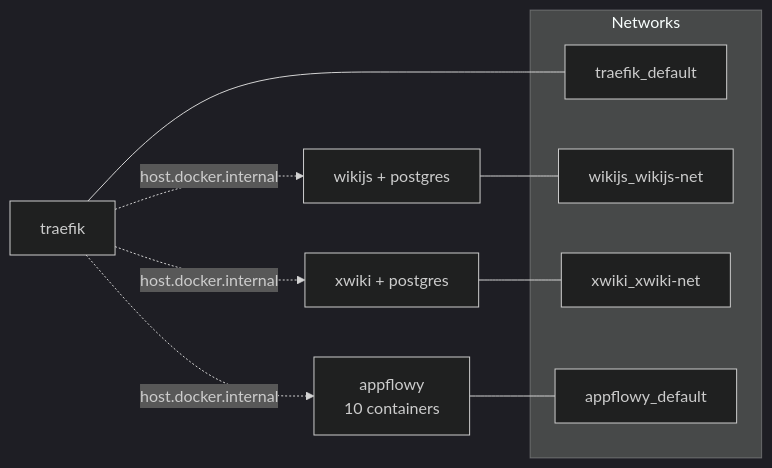
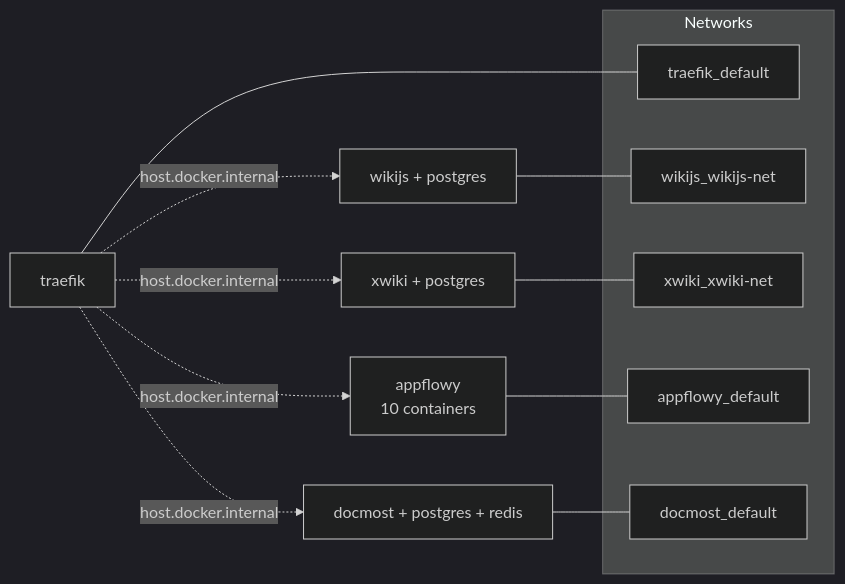
One commit to chill-pickle/vps-000 changed the fourth of 4 diagrams in docs/infrastructure.md. Above: the diagram before and after it, drawn with Mermaid (dark theme). The commit also changed other lines of this file and 1 other file, not shown here.

First line of the commit message:
Add Docmost service to infrastructure docs

````diff
--- a/docs/infrastructure.md
+++ b/docs/infrastructure.md
@@ -191,18 +201,21 @@
 ```mermaid
 graph LR
     subgraph Networks
         TN[traefik_default]
         WN[wikijs_wikijs-net]
         XN[xwiki_xwiki-net]
         AN[appflowy_default]
+        DN[docmost_default]
     end
 
     T[traefik] --- TN
     WJ[wikijs + postgres] --- WN
     XW[xwiki + postgres] --- XN
     AF[appflowy<br/>10 containers] --- AN
+    DMS[docmost + postgres + redis] --- DN
 
     T -.->|host.docker.internal| WJ
     T -.->|host.docker.internal| XW
     T -.->|host.docker.internal| AF
+    T -.->|host.docker.internal| DMS
 ```
````
